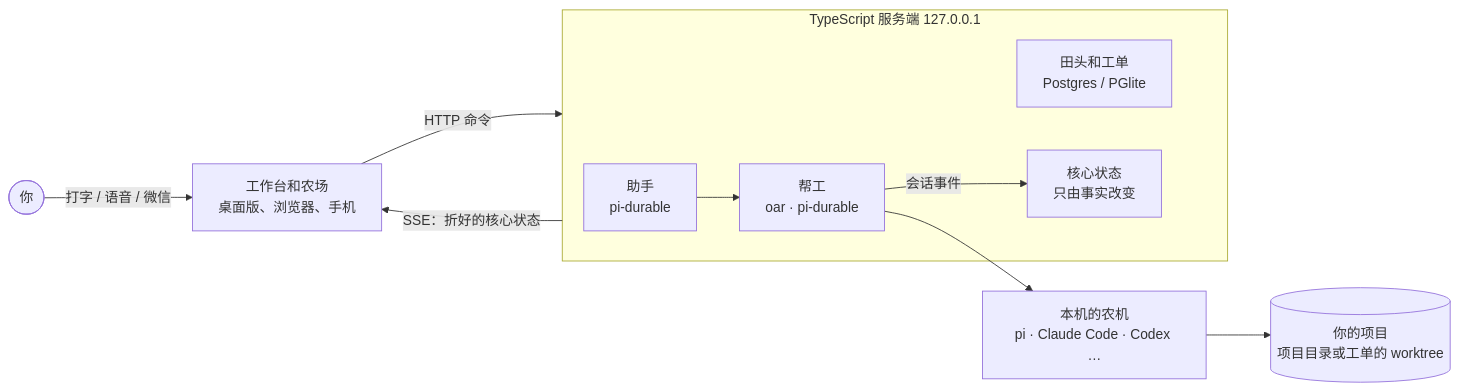
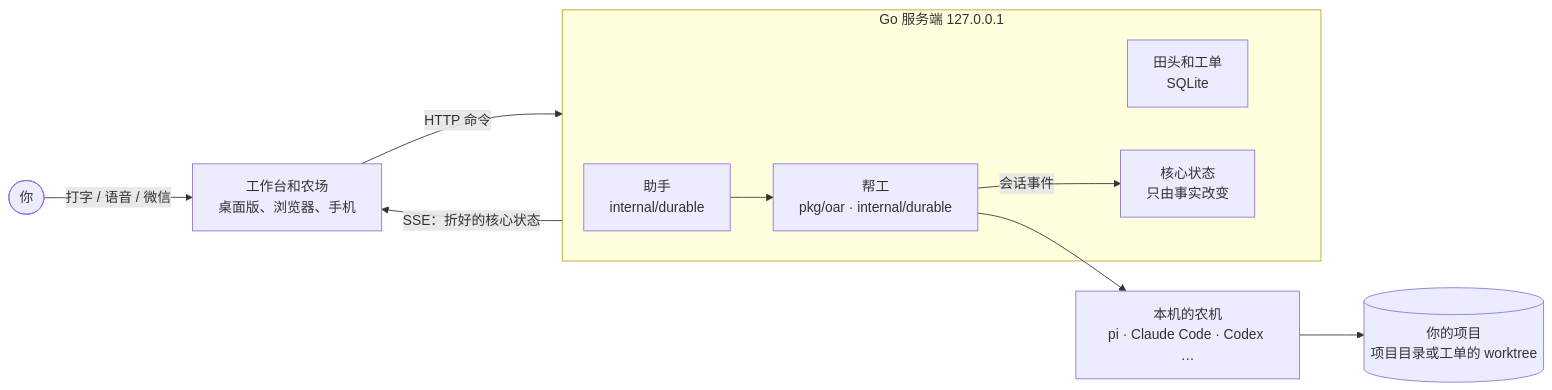
One commit to vibevalleyhq/vibevalley changed the diagram in README.md. Above: the diagram before and after it, drawn with Mermaid. The commit also changed other lines of this file and 1286 other files, not shown here.

First line of the commit message:
Go services, CLI, and MyGo desktop shell run the control plane on unified pkg/db SQLite (#258)

````diff
--- a/README.md
+++ b/README.md
@@ -28,16 +28,16 @@
 ```mermaid
 flowchart LR
   you([你]) -- 打字 / 语音 / 微信 --> app[工作台和农场<br/>桌面版、浏览器、手机]
   app -- HTTP 命令 --> server
   server -- SSE：折好的核心状态 --> app
-  subgraph server[TypeScript 服务端 127.0.0.1]
-    manager[助手<br/>pi-durable]
-    chat[田头和工单<br/>Postgres / PGlite]
+  subgraph server[Go 服务端 127.0.0.1]
+    manager[助手<br/>internal/durable]
+    chat[田头和工单<br/>SQLite]
     site[核心状态<br/>只由事实改变]
-    sessions[帮工<br/>oar · pi-durable]
+    sessions[帮工<br/>pkg/oar · internal/durable]
   end
   manager --> sessions
   sessions -- 会话事件 --> site
   sessions --> rt[本机的农机<br/>pi · Claude Code · Codex …]
   rt --> repo[(你的项目<br/>项目目录或工单的 worktree)]
 ```
````
